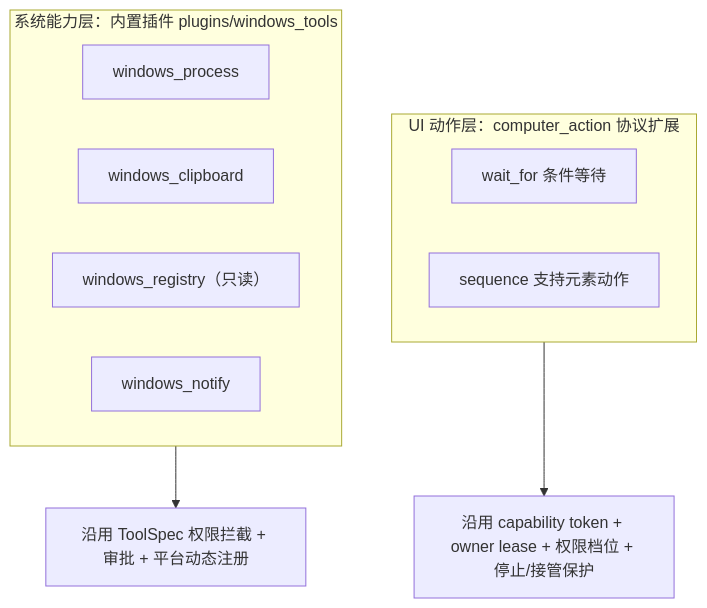
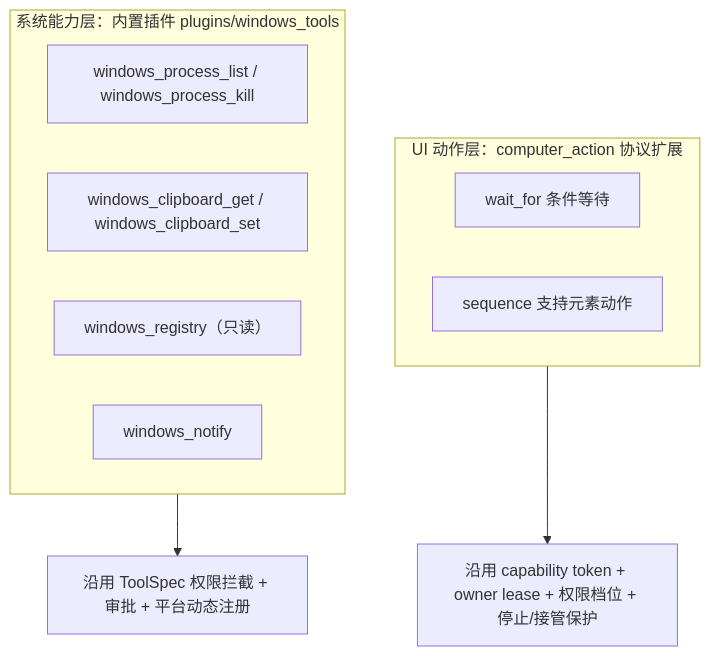
The diagram in docs/2026-11-09-windows-mcp-parity-design.md (fengchen122123-sudo/xingyao-y-code), drawn with Mermaid before and after one commit. The commit also changed other lines of this file and 3 other files, not shown here.

````diff
--- a/docs/2026-11-09-windows-mcp-parity-design.md
+++ b/docs/2026-11-09-windows-mcp-parity-design.md
@@ -46,15 +46,15 @@
 ```mermaid
 flowchart TD
     subgraph UI["UI 动作层：computer_action 协议扩展"]
         A1["wait_for 条件等待"]
         A2["sequence 支持元素动作"]
     end
     subgraph SYS["系统能力层：内置插件 plugins/windows_tools"]
-        B1["windows_process"]
-        B2["windows_clipboard"]
+        B1["windows_process_list / windows_process_kill"]
+        B2["windows_clipboard_get / windows_clipboard_set"]
         B3["windows_registry（只读）"]
         B4["windows_notify"]
     end
     UI --> C["沿用 capability token + owner lease + 权限档位 + 停止/接管保护"]
     SYS --> D["沿用 ToolSpec 权限拦截 + 审批 + 平台动态注册"]
 ```
````
